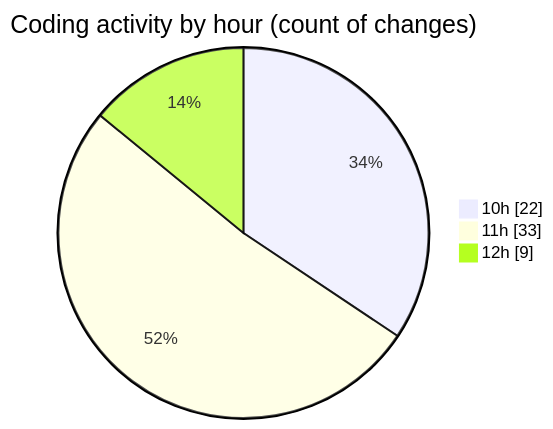
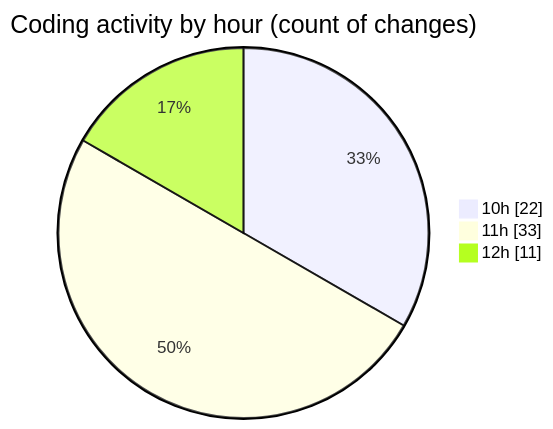
The second of 2 diagrams in 2026-02-25/cda/README.md (momahboobian/code-tracking), drawn with Mermaid before and after one commit. The commit also changed other lines of this file and 1 other file, not shown here.

````diff
--- a/2026-02-25/cda/README.md
+++ b/2026-02-25/cda/README.md
@@ -35,7 +35,7 @@
 ```mermaid
 pie showData
 title Coding activity by hour (count of changes)
 "10h" : 22
 "11h" : 33
-"12h" : 9
+"12h" : 11
 ```
````
